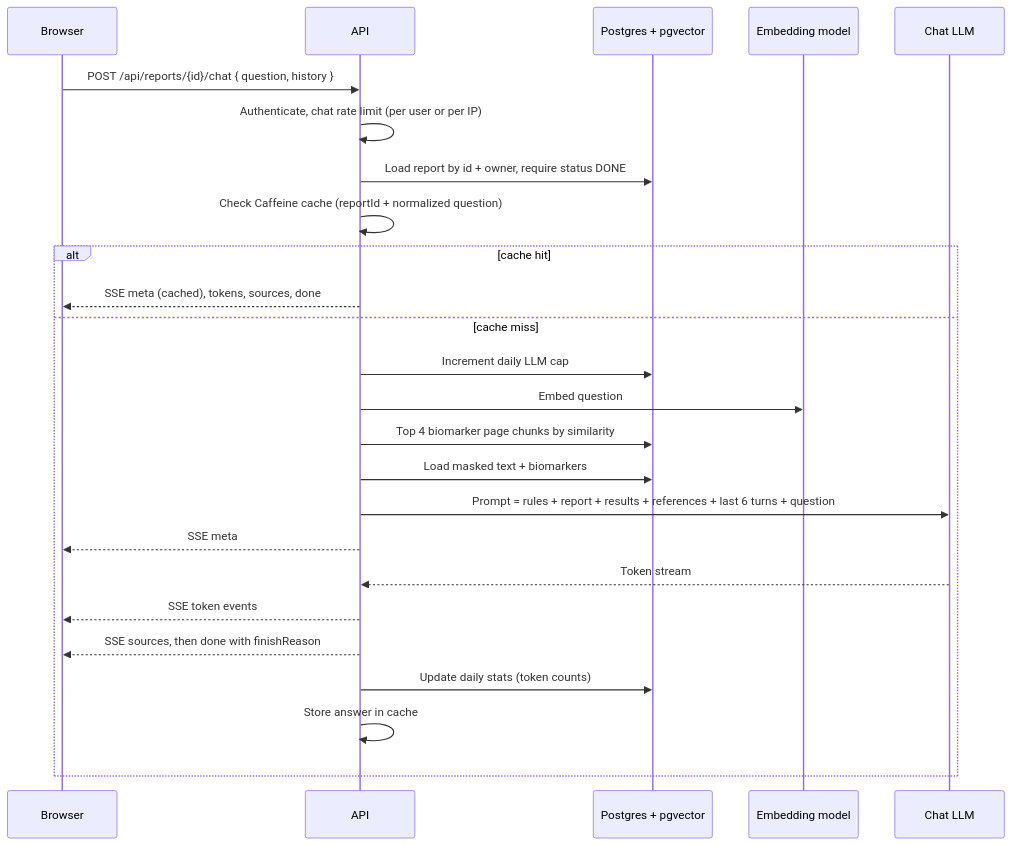
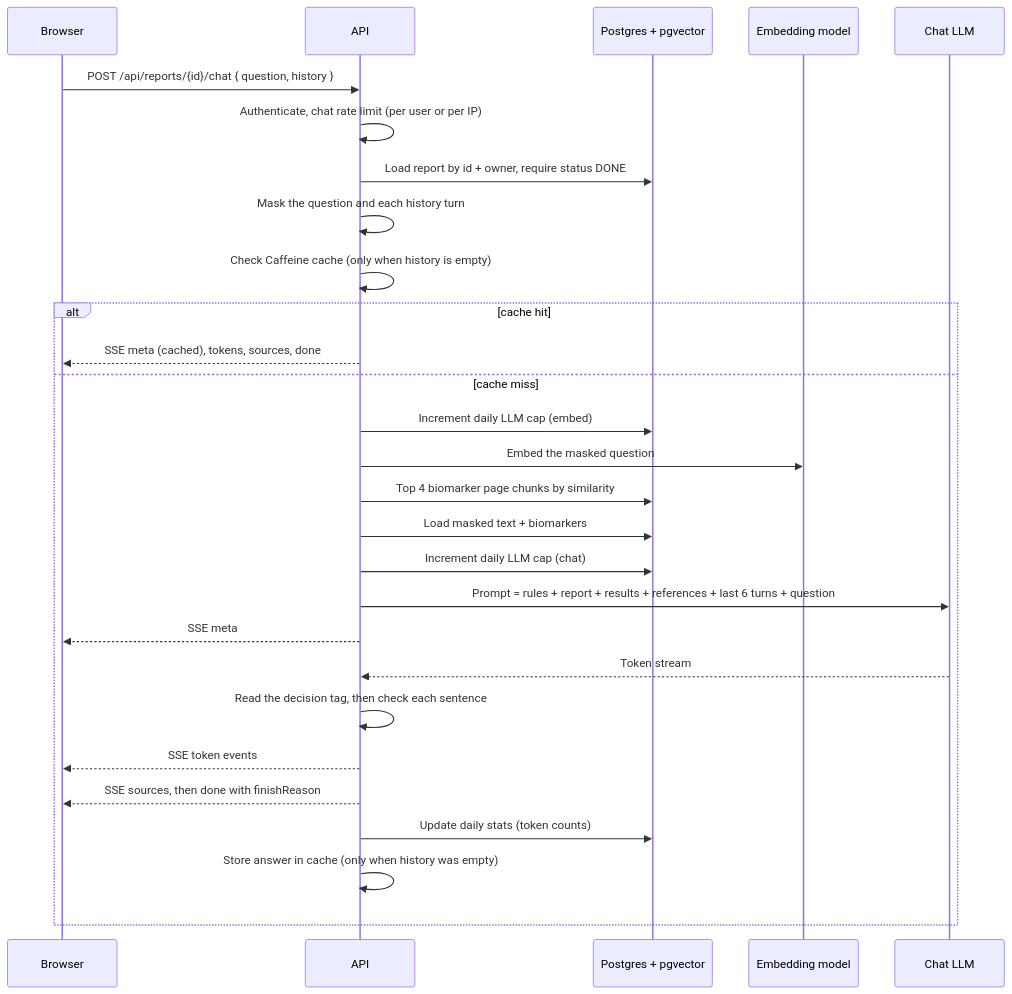
One commit to SaqibCod/medi-scan changed diagram 13 of 20 in docs/dataflow.md. Above: the diagram before and after it, drawn with Mermaid. The commit also changed other lines of this file and 4 other files, not shown here.

First line of the commit message:
docs(5): the contract, flows and rules for chat, before the code

````diff
--- a/docs/dataflow.md
+++ b/docs/dataflow.md
@@ -502,28 +502,31 @@
 ```mermaid
 sequenceDiagram
     participant B as Browser
     participant A as API
     participant D as Postgres + pgvector
     participant E as Embedding model
     participant L as Chat LLM
 
     B->>A: POST /api/reports/{id}/chat { question, history }
     A->>A: Authenticate, chat rate limit (per user or per IP)
     A->>D: Load report by id + owner, require status DONE
-    A->>A: Check Caffeine cache (reportId + normalized question)
+    A->>A: Mask the question and each history turn
+    A->>A: Check Caffeine cache (only when history is empty)
     alt cache hit
         A-->>B: SSE meta (cached), tokens, sources, done
     else cache miss
-        A->>D: Increment daily LLM cap
-        A->>E: Embed question
+        A->>D: Increment daily LLM cap (embed)
+        A->>E: Embed the masked question
         A->>D: Top 4 biomarker page chunks by similarity
         A->>D: Load masked text + biomarkers
+        A->>D: Increment daily LLM cap (chat)
         A->>L: Prompt = rules + report + results + references + last 6 turns + question
         A-->>B: SSE meta
         L-->>A: Token stream
+        A->>A: Read the decision tag, then check each sentence
         A-->>B: SSE token events
         A-->>B: SSE sources, then done with finishReason
         A->>D: Update daily stats (token counts)
-        A->>A: Store answer in cache
+        A->>A: Store answer in cache (only when history was empty)
     end
 ```
````
